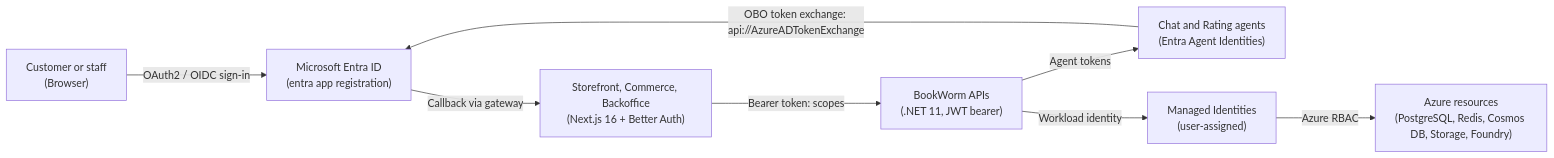
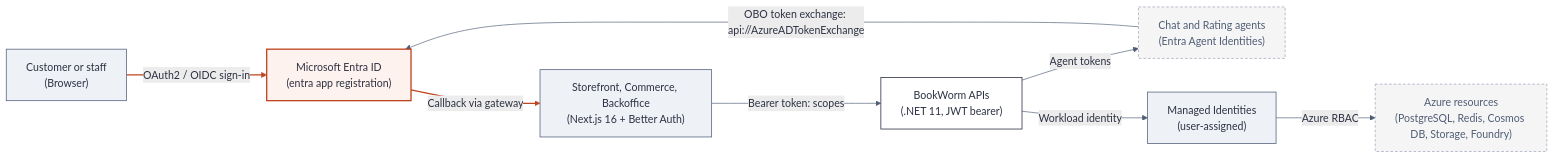
The diagram in docs/docs/platform/mermaids/004-identity-and-rbac-matrix-diagram-1.mmd (foxminchan/BookWorm), drawn with Mermaid before and after one commit. The commit also changed 191 other files, not shown here.

Commit message:
docs: update architecture diagrams and documentation

```diff
--- a/docs/docs/platform/mermaids/004-identity-and-rbac-matrix-diagram-1.mmd
+++ b/docs/docs/platform/mermaids/004-identity-and-rbac-matrix-diagram-1.mmd
@@ -1,16 +1,29 @@
+%%{init: {'theme': 'base', 'themeVariables': {'background': '#f5f5f5', 'primaryColor': '#ffffff', 'primaryTextColor': '#2d3142', 'primaryBorderColor': '#2d3142', 'secondaryColor': '#ececec', 'secondaryBorderColor': '#4f5d75', 'tertiaryColor': '#fdf2ee', 'tertiaryBorderColor': '#bf4520', 'lineColor': '#4f5d75', 'textColor': '#2d3142', 'clusterBkg': '#f8f9fa', 'clusterBorder': '#bfc0c0', 'fontFamily': 'Geist, system-ui, sans-serif'}}}%%
 flowchart LR
 	user["Customer or staff\n(Browser)"]
 	fe["Storefront, Commerce, Backoffice\n(Next.js 16 + Better Auth)"]
 	entra["Microsoft Entra ID\n(entra app registration)"]
 	api["BookWorm APIs\n(.NET 11, JWT bearer)"]
 	agent["Chat and Rating agents\n(Entra Agent Identities)"]
 	mi["Managed Identities\n(user-assigned)"]
 	res["Azure resources\n(PostgreSQL, Redis, Cosmos DB, Storage, Foundry)"]
 
 	user -->|"OAuth2 / OIDC sign-in"| entra
 	fe --> |"Bearer token: scopes"| api
 	entra -->|"Callback via gateway"| fe
 	agent --> |"OBO token exchange: api://AzureADTokenExchange"| entra
 	api -->|"Agent tokens"| agent
 	api -->|"Workload identity"| mi
 	mi -->|"Azure RBAC"| res
+
+	classDef focal fill:#fdf2ee,stroke:#bf4520,stroke-width:2px,color:#2d3142
+	classDef service fill:#ffffff,stroke:#2d3142,stroke-width:1.2px,color:#2d3142
+	classDef store fill:#ececec,stroke:#4f5d75,stroke-width:1.2px,color:#2d3142
+	classDef input fill:#eef1f6,stroke:#5a6580,stroke-width:1.2px,color:#2d3142
+	classDef ext fill:#f5f5f5,stroke:#949eb2,stroke-width:1px,stroke-dasharray:4 3,color:#4f5d75
+	class entra focal
+	class api service
+	class user,fe,mi input
+	class agent,res ext
+	linkStyle 0 stroke:#bf4520,stroke-width:2px
+	linkStyle 2 stroke:#bf4520,stroke-width:2px
```
